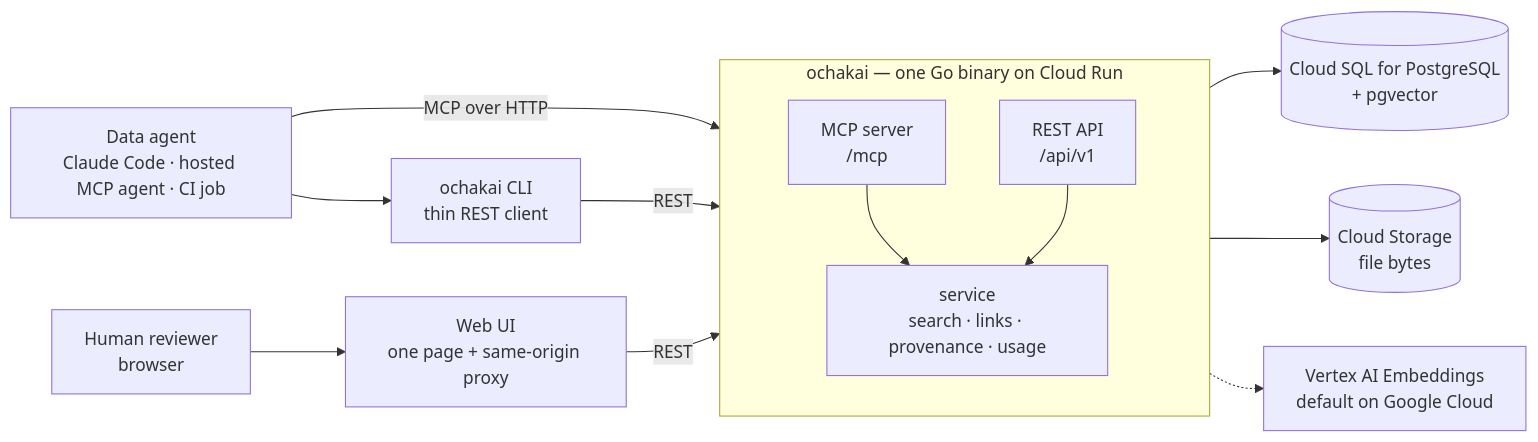
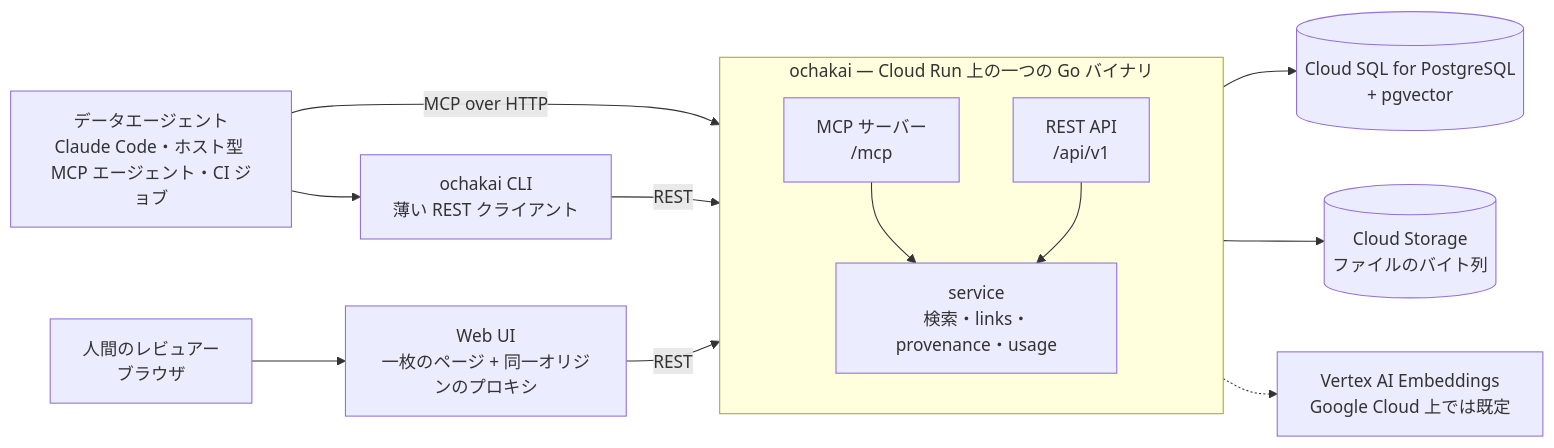
Before and after one commit to na0fu3y/ochakai: the diagram in docs/architecture.md, drawn with Mermaid. The commit also changed other lines of this file and 5 other files, not shown here.

First line of the commit message:
Translate docs/architecture.md into Japanese

````diff
--- a/docs/architecture.md
+++ b/docs/architecture.md
@@ -20,29 +19,29 @@
 ```mermaid
 flowchart LR
-  A["Data agent<br/>Claude Code · hosted MCP agent · CI job"]
-  H["Human reviewer<br/>browser"]
-  CLI["ochakai CLI<br/>thin REST client"]
-  UI["Web UI<br/>one page + same-origin proxy"]
+  A["データエージェント<br/>Claude Code・ホスト型 MCP エージェント・CI ジョブ"]
+  H["人間のレビュアー<br/>ブラウザ"]
+  CLI["ochakai CLI<br/>薄い REST クライアント"]
+  UI["Web UI<br/>一枚のページ + 同一オリジンのプロキシ"]
 
-  subgraph SRV["ochakai — one Go binary on Cloud Run"]
+  subgraph SRV["ochakai — Cloud Run 上の一つの Go バイナリ"]
     direction TB
-    M["MCP server<br/>/mcp"]
+    M["MCP サーバー<br/>/mcp"]
     R["REST API<br/>/api/v1"]
-    SVC["service<br/>search · links · provenance · usage"]
+    SVC["service<br/>検索・links・provenance・usage"]
     M --> SVC
     R --> SVC
   end
 
   PG[("Cloud SQL for PostgreSQL<br/>+ pgvector")]
-  GCS[("Cloud Storage<br/>file bytes")]
-  VX["Vertex AI Embeddings<br/>default on Google Cloud"]
+  GCS[("Cloud Storage<br/>ファイルのバイト列")]
+  VX["Vertex AI Embeddings<br/>Google Cloud 上では既定"]
 
   A -->|MCP over HTTP| M
   A --> CLI
   H --> UI
   CLI -->|REST| R
   UI -->|REST| R
   SVC --> PG
   SVC --> GCS
   SVC -.-> VX
 ```
````
